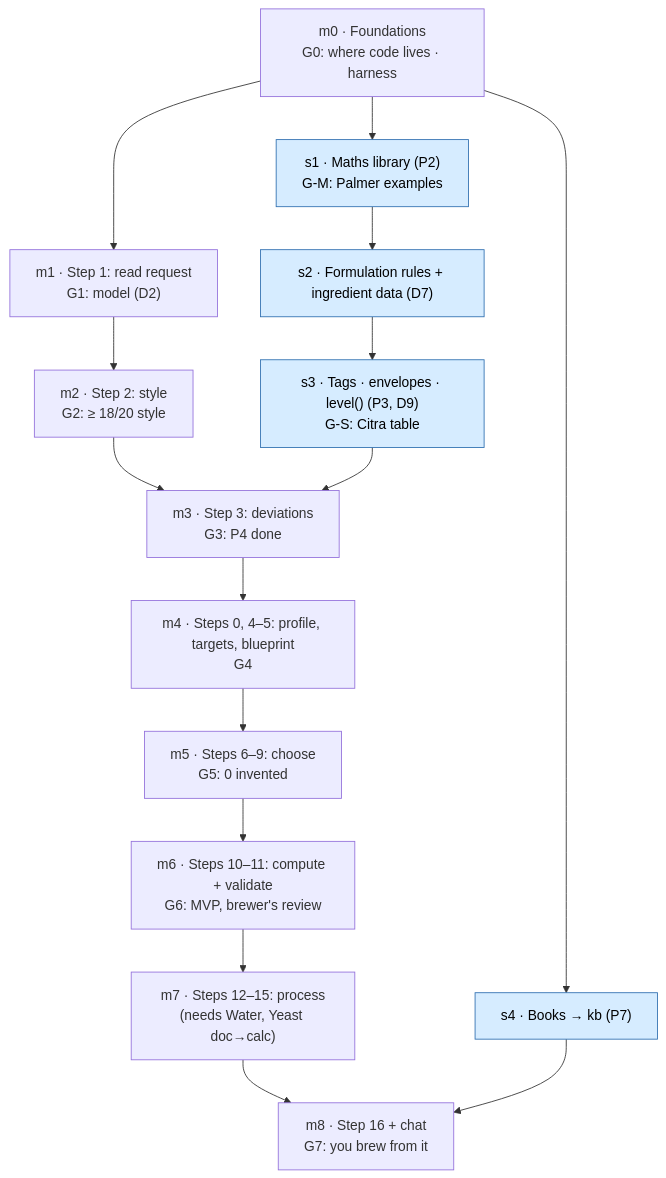
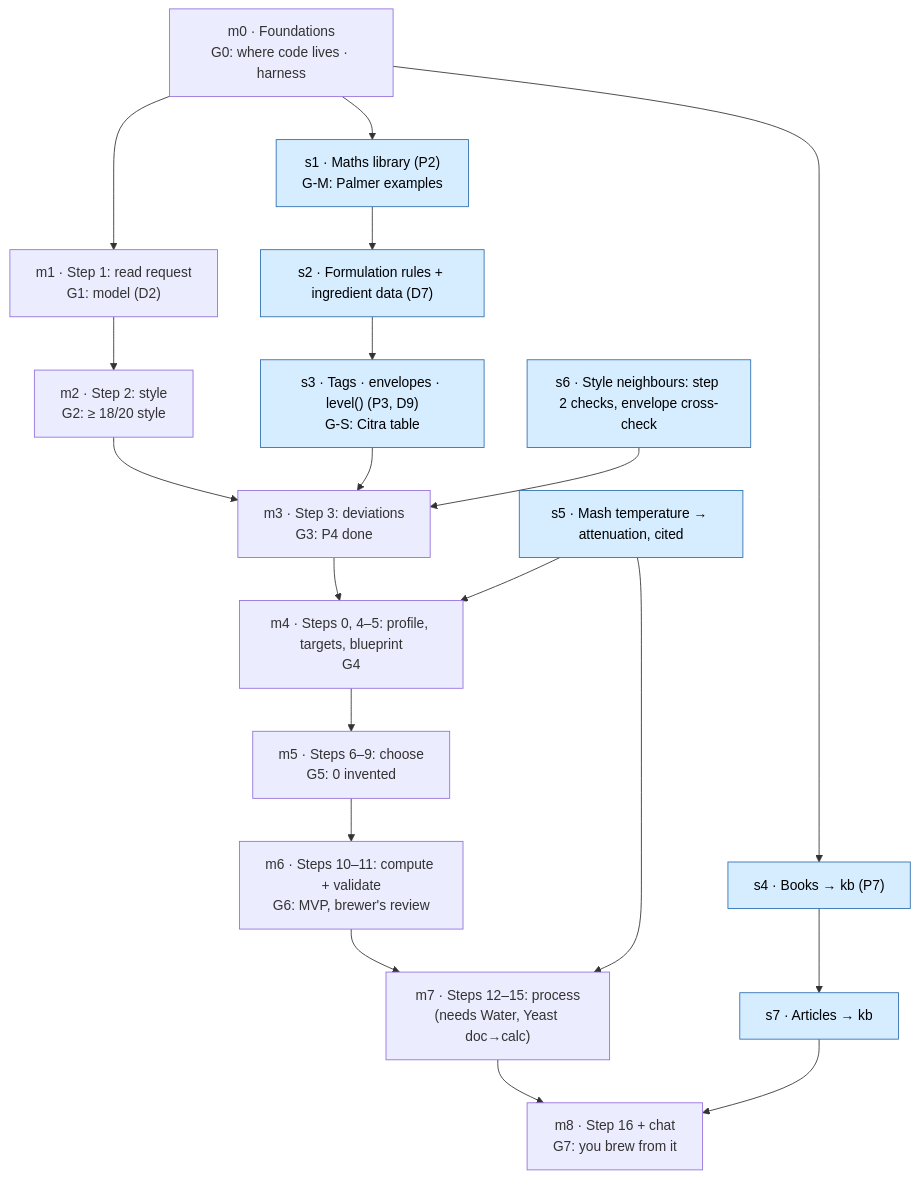
The diagram in docs/WORKFLOW-ROADMAP.md (badacsonyigorenyember/homebrew_ai), drawn with Mermaid before and after one commit. The commit also changed other lines of this file and 16 other files, not shown here.

````diff
--- a/docs/WORKFLOW-ROADMAP.md
+++ b/docs/WORKFLOW-ROADMAP.md
@@ -28,20 +28,24 @@
 ```mermaid
 flowchart TD
     M0["m0 · Foundations<br/>G0: where code lives · harness"] --> M1 & S1 & S4
     M1["m1 · Step 1: read request<br/>G1: model (D2)"] --> M2
     M2["m2 · Step 2: style<br/>G2: ≥ 18/20 style"] --> M3
     S1["s1 · Maths library (P2)<br/>G-M: Palmer examples"] --> S2
     S2["s2 · Formulation rules + ingredient data (D7)"]
     S2 --> S3
     S3["s3 · Tags · envelopes · level() (P3, D9)<br/>G-S: Citra table"] --> M3
+    S6["s6 · Style neighbours: step 2 checks, envelope cross-check"] --> M3
     M3["m3 · Step 3: deviations<br/>G3: P4 done"] --> M4
+    S5["s5 · Mash temperature → attenuation, cited"] --> M4
     M4["m4 · Steps 0, 4–5: profile, targets, blueprint<br/>G4"] --> M5
     M5["m5 · Steps 6–9: choose<br/>G5: 0 invented"] --> M6
     M6["m6 · Steps 10–11: compute + validate<br/>G6: MVP, brewer's review"] --> M7
     M7["m7 · Steps 12–15: process<br/>(needs Water, Yeast doc→calc)"] --> M8
-    S4["s4 · Books → kb (P7)"] --> M8
+    S4["s4 · Books → kb (P7)"] --> S7
+    S7["s7 · Articles → kb"] --> M8
+    S5 --> M7
     M8["m8 · Step 16 + chat<br/>G7: you brew from it"]
 
     classDef side fill:#d6ecff,stroke:#2f6fb0,color:#000
-    class S1,S2,S3,S4 side
+    class S1,S2,S3,S4,S5,S6,S7 side
 ```
````
